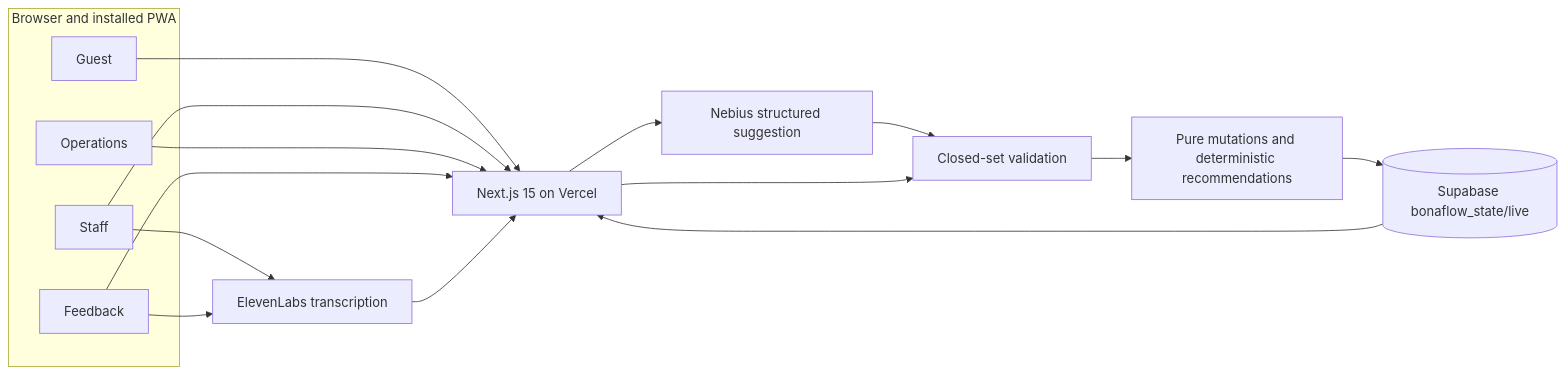
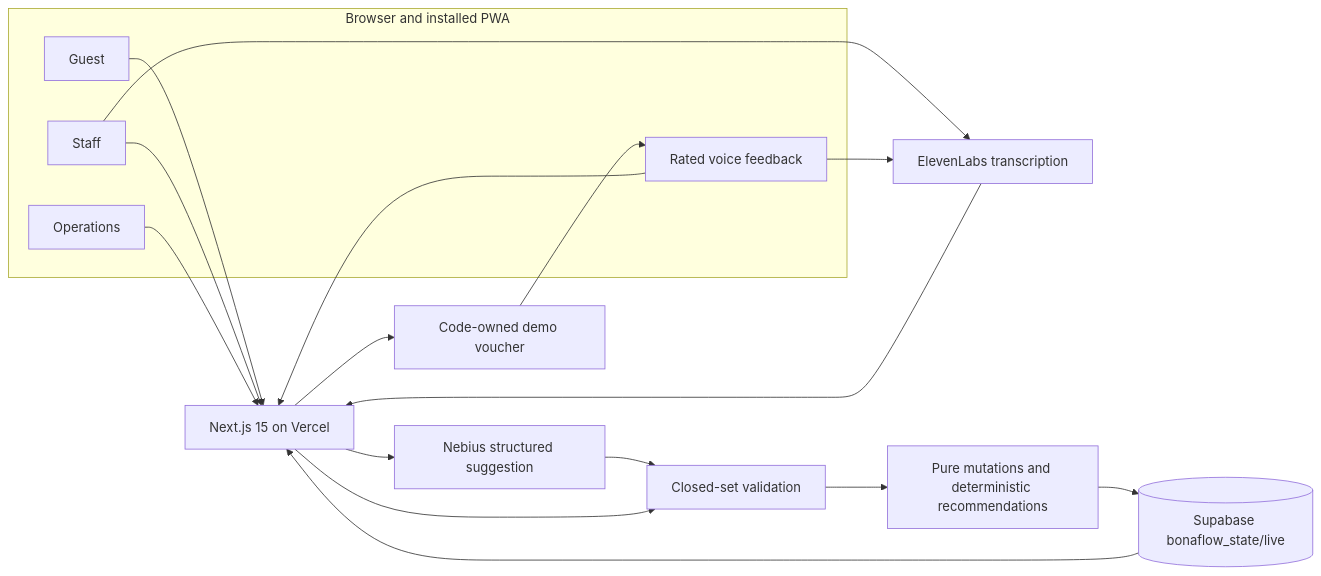
Before and after one commit to kaiser-data/bonaflow: the diagram in README.md, drawn with Mermaid. The commit also changed other lines of this file and 6 other files, not shown here.

Commit message:
docs: present rated voice feedback rewards

````diff
--- a/README.md
+++ b/README.md
@@ -34,23 +34,25 @@
 ```mermaid
 flowchart LR
     subgraph Phones[Browser and installed PWA]
         Guest[Guest]
         Staff[Staff]
         Ops[Operations]
-        Feedback[Feedback]
+        Feedback[Rated voice feedback]
     end
 
     Guest --> Next[Next.js 15 on Vercel]
     Staff --> Next
     Ops --> Next
     Feedback --> Next
     Staff --> Voice[ElevenLabs transcription]
     Feedback --> Voice
     Voice --> Next
     Next --> Interpret[Nebius structured suggestion]
     Interpret --> Validate[Closed-set validation]
     Next --> Validate
     Validate --> Rules[Pure mutations and deterministic recommendations]
     Rules --> State[(Supabase bonaflow_state/live)]
     State --> Next
+    Next --> Reward[Code-owned demo voucher]
+    Reward --> Feedback
 ```
````
